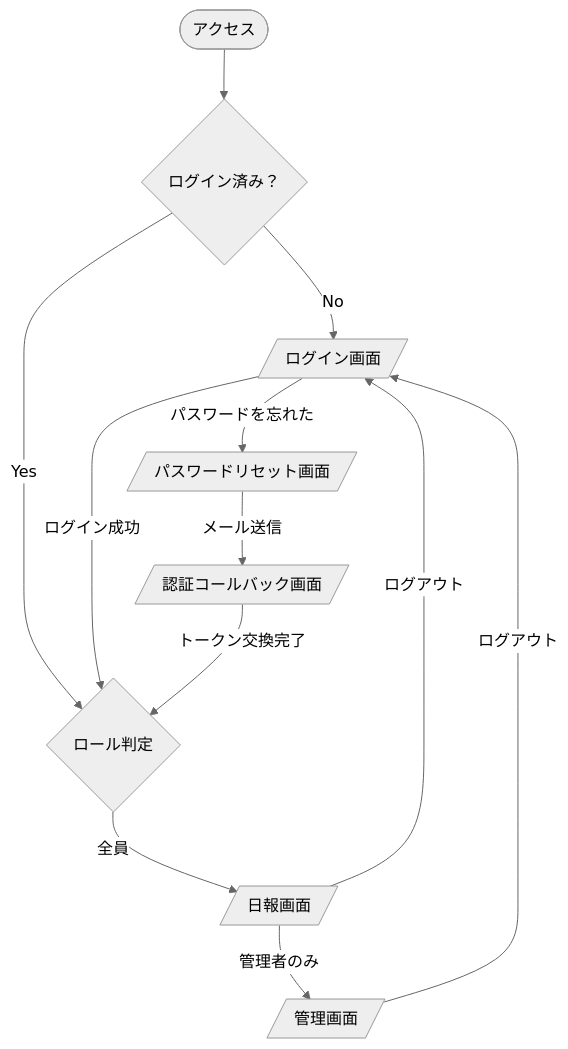
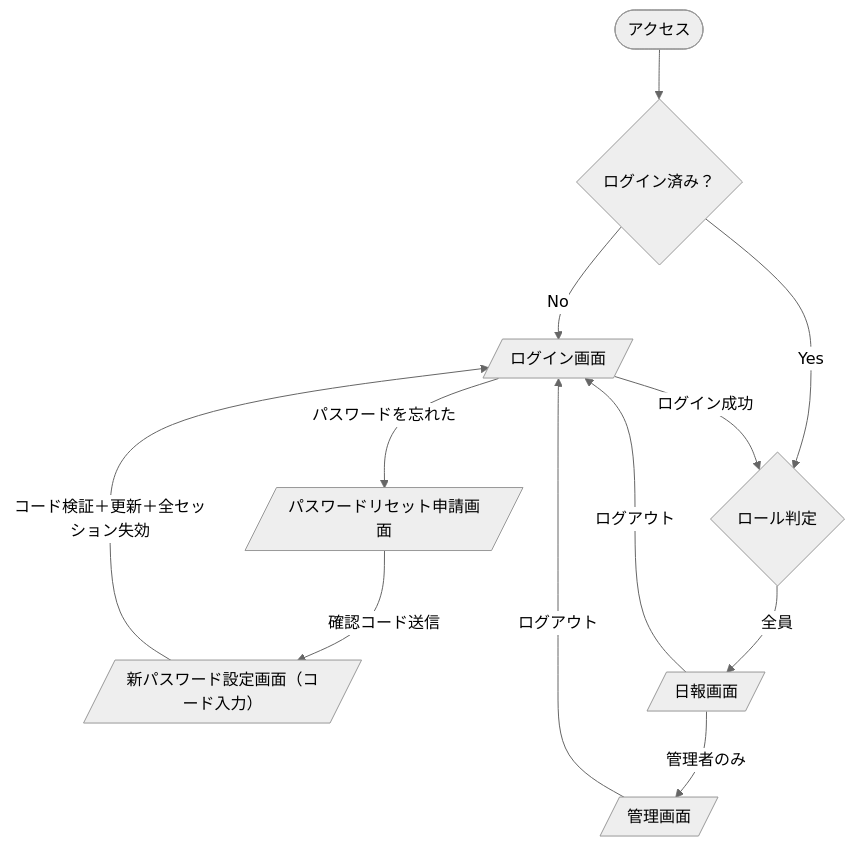
Before and after one commit to cct-ax/joynal: the diagram in docs/screen-flow.md, drawn with Mermaid (neutral theme). The commit also changed other lines of this file and 20 other files, not shown here.

````diff
--- a/docs/screen-flow.md
+++ b/docs/screen-flow.md
@@ -33,17 +35,17 @@
 ```mermaid
 flowchart TD
     Start([アクセス]) --> Auth{ログイン済み？}
     Auth -- No --> Login[/ログイン画面/]
     Auth -- Yes --> Role{ロール判定}
 
     Login -- ログイン成功 --> Role
-    Login -- パスワードを忘れた --> Reset[/パスワードリセット画面/]
-    Reset -- メール送信 --> Confirm[/認証コールバック画面/]
-    Confirm -- トークン交換完了 --> Role
+    Login -- パスワードを忘れた --> Forgot[/パスワードリセット申請画面/]
+    Forgot -- 確認コード送信 --> NewPw[/新パスワード設定画面（コード入力）/]
+    NewPw -- コード検証＋更新＋全セッション失効 --> Login
 
     Role -- 全員 --> Report[/日報画面/]
     Report -- 管理者のみ --> Admin[/管理画面/]
 
     Report -- ログアウト --> Login
     Admin -- ログアウト --> Login
 ```
````
